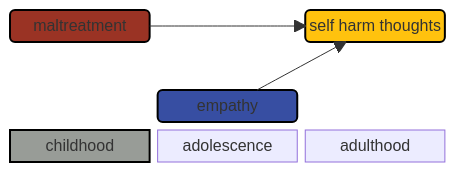
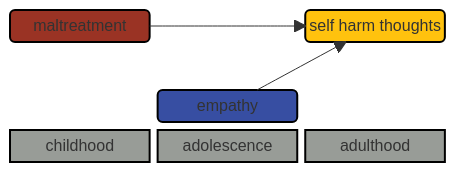
One commit to agrogan1/closeread changed the diagram in empathy/README.md. Above: the diagram before and after it, drawn with Mermaid.

````diff
--- a/empathy/README.md
+++ b/empathy/README.md
@@ -12,21 +12,25 @@
 ```mermaid
 block
   columns 3
   m space sh
   space space space
   space e space
   childhood adolescence adulthood
 
   m("maltreatment") --> sh("self harm thoughts")
 
   e("empathy") --> sh
 
   style m fill:#9A3324,stroke:#000000,stroke-width:2px,color:#FFFFFF;
 
   style e fill:#374EA2,stroke:#000000,stroke-width:2px,color:#FFFFFF;
 
   style sh fill:#FFC20E,stroke:#000000,stroke-width:2px,color:#000000;
 
   style childhood fill:#989C97,stroke:#000000,stroke-width:2px,color:#000000;
 
+  style adolescence fill:#989C97,stroke:#000000,stroke-width:2px,color:#000000;
+
+  style adulthood fill:#989C97,stroke:#000000,stroke-width:2px,color:#000000;
+
 ```
````
